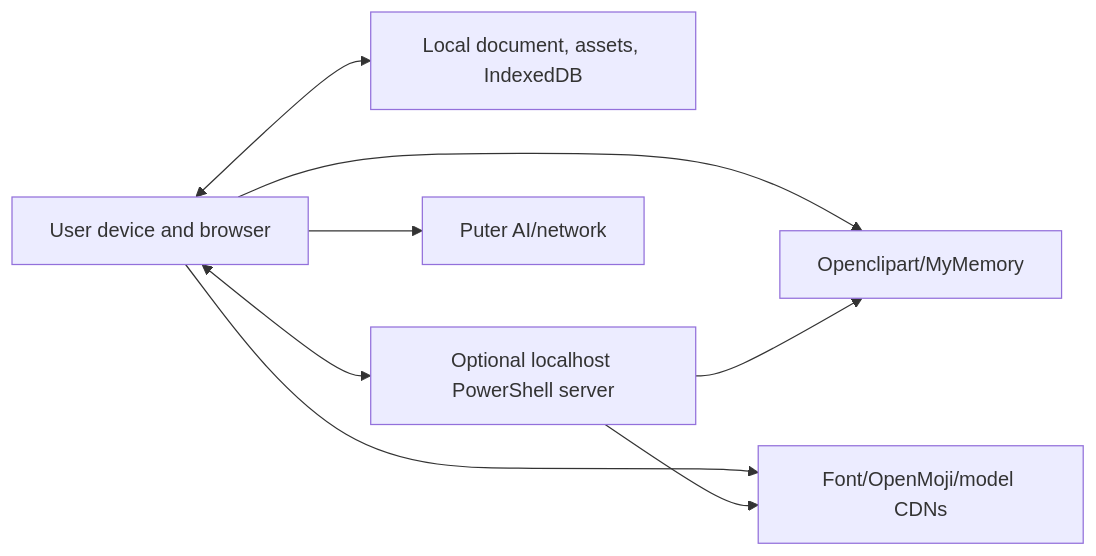
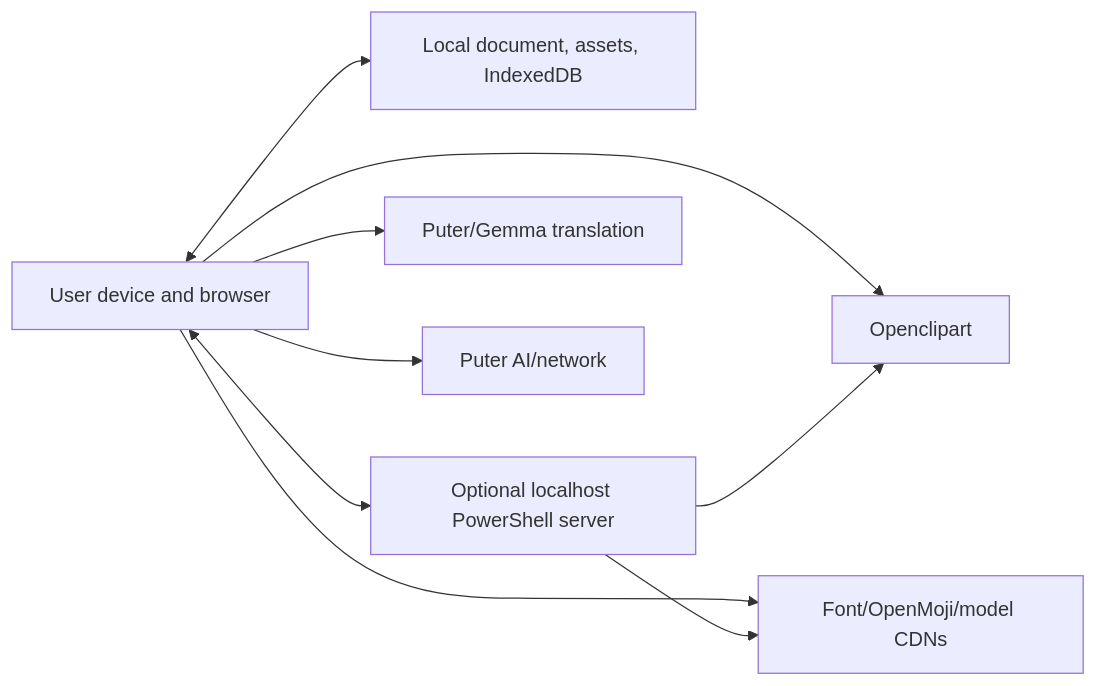
Before and after one commit to n3me5is-git/chicCanva: the diagram in docs/SECURITY_PRIVACY_LICENSING.md, drawn with Mermaid. The commit also changed other lines of this file and 34 other files, not shown here.

Commit message:
feat: auto translation gemma, equally sized multipage groups, drawing tools and shapes, global memory optimizations, fixes

````diff
--- a/docs/SECURITY_PRIVACY_LICENSING.md
+++ b/docs/SECURITY_PRIVACY_LICENSING.md
@@ -7,16 +7,18 @@
 ```mermaid
 flowchart LR
     USER[User device and browser]
     LOCAL[Local document, assets, IndexedDB]
     BAT[Optional localhost PowerShell server]
     CDN[Font/OpenMoji/model CDNs]
-    SEARCH[Openclipart/MyMemory]
+    SEARCH[Openclipart]
+    TRANS[Puter/Gemma translation]
     PUTER[Puter AI/network]
     USER <--> LOCAL
     USER <--> BAT
     USER --> CDN
     USER --> SEARCH
+    USER --> TRANS
     USER --> PUTER
     BAT --> SEARCH
     BAT --> CDN
 ```
````
